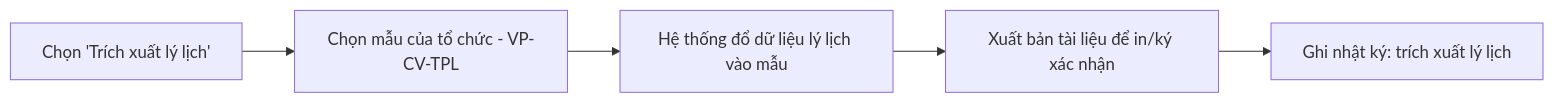
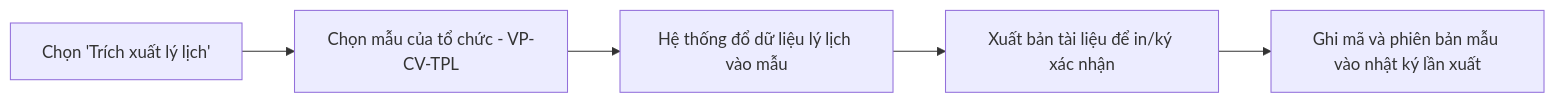
One commit to PTZero2026/rms-docs changed the fourth of 4 diagrams in docs/features/F08-ly-lich-khoa-hoc/spec.md. Above: the diagram before and after it, drawn with Mermaid. The commit also changed other lines of this file and 590 other files, not shown here.

````diff
--- a/docs/features/F08-ly-lich-khoa-hoc/spec.md
+++ b/docs/features/F08-ly-lich-khoa-hoc/spec.md
@@ -115,7 +115,7 @@
 ```mermaid
 flowchart LR
     A[Chọn 'Trích xuất lý lịch'] --> B[Chọn mẫu của tổ chức - VP-CV-TPL]
     B --> C[Hệ thống đổ dữ liệu lý lịch vào mẫu]
     C --> D[Xuất bản tài liệu để in/ký xác nhận]
-    D --> E[Ghi nhật ký: trích xuất lý lịch]
+    D --> E[Ghi mã và phiên bản mẫu vào nhật ký lần xuất]
 ```
````
